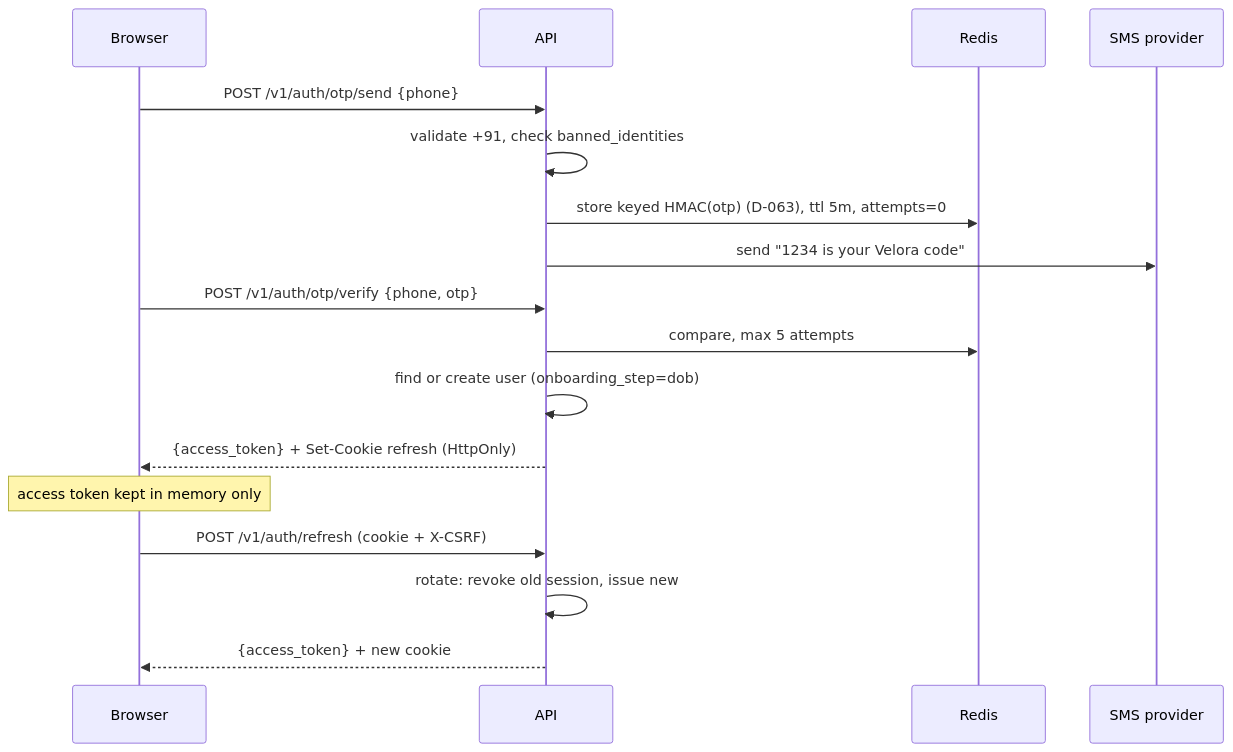
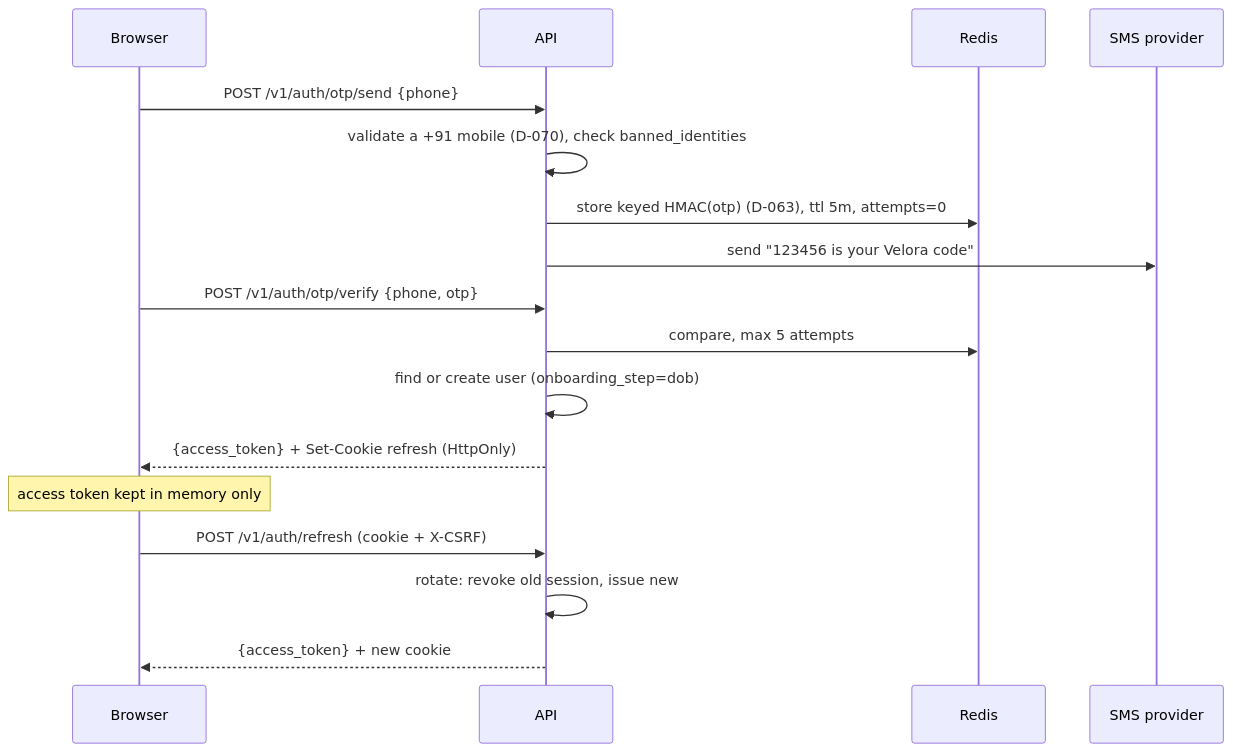
Before and after one commit to shubhamom0820-SK/velora: the third of 3 diagrams in docs/02-ARCHITECTURE.md, drawn with Mermaid. The commit also changed other lines of this file and 6 other files, not shown here.

````diff
--- a/docs/02-ARCHITECTURE.md
+++ b/docs/02-ARCHITECTURE.md
@@ -105,19 +105,19 @@
 ```mermaid
 sequenceDiagram
   participant B as Browser
   participant A as API
   participant R as Redis
   participant S as SMS provider
   B->>A: POST /v1/auth/otp/send {phone}
-  A->>A: validate +91, check banned_identities
+  A->>A: validate a +91 mobile (D-070), check banned_identities
   A->>R: store keyed HMAC(otp) (D-063), ttl 5m, attempts=0
-  A->>S: send "1234 is your Velora code"
+  A->>S: send "123456 is your Velora code"
   B->>A: POST /v1/auth/otp/verify {phone, otp}
   A->>R: compare, max 5 attempts
   A->>A: find or create user (onboarding_step=dob)
   A-->>B: {access_token} + Set-Cookie refresh (HttpOnly)
   Note over B: access token kept in memory only
   B->>A: POST /v1/auth/refresh (cookie + X-CSRF)
   A->>A: rotate: revoke old session, issue new
   A-->>B: {access_token} + new cookie
 ```
````
